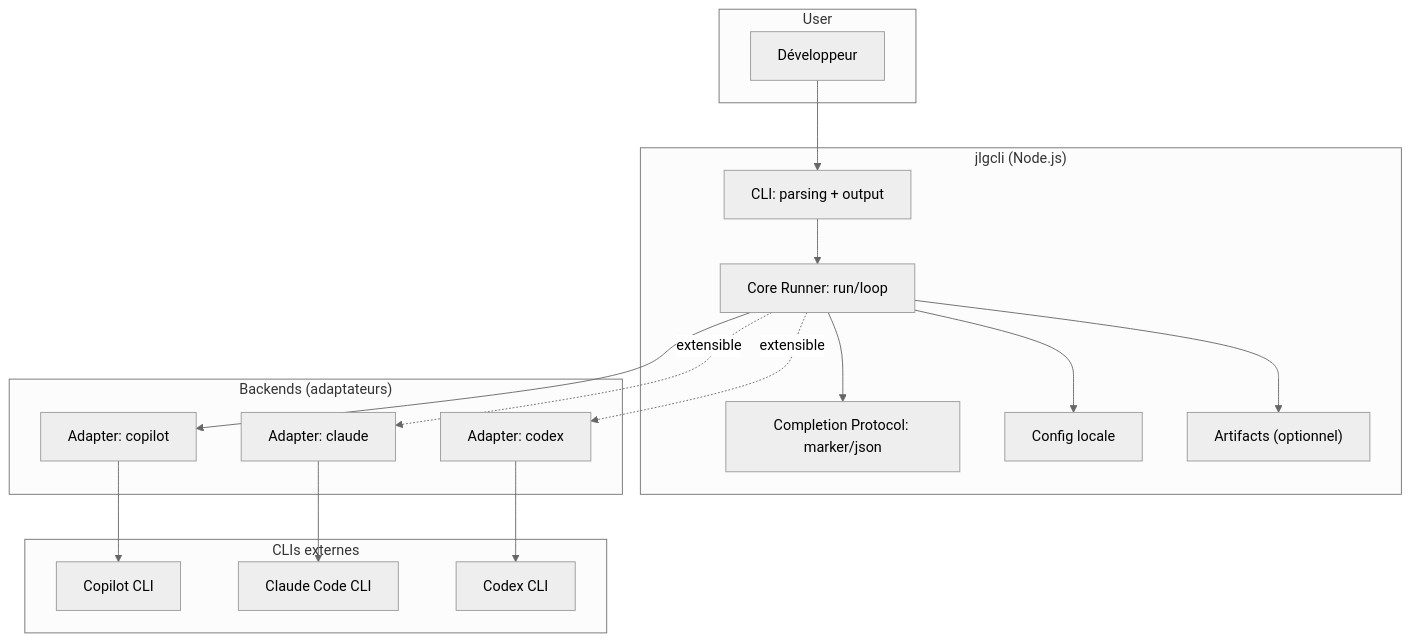
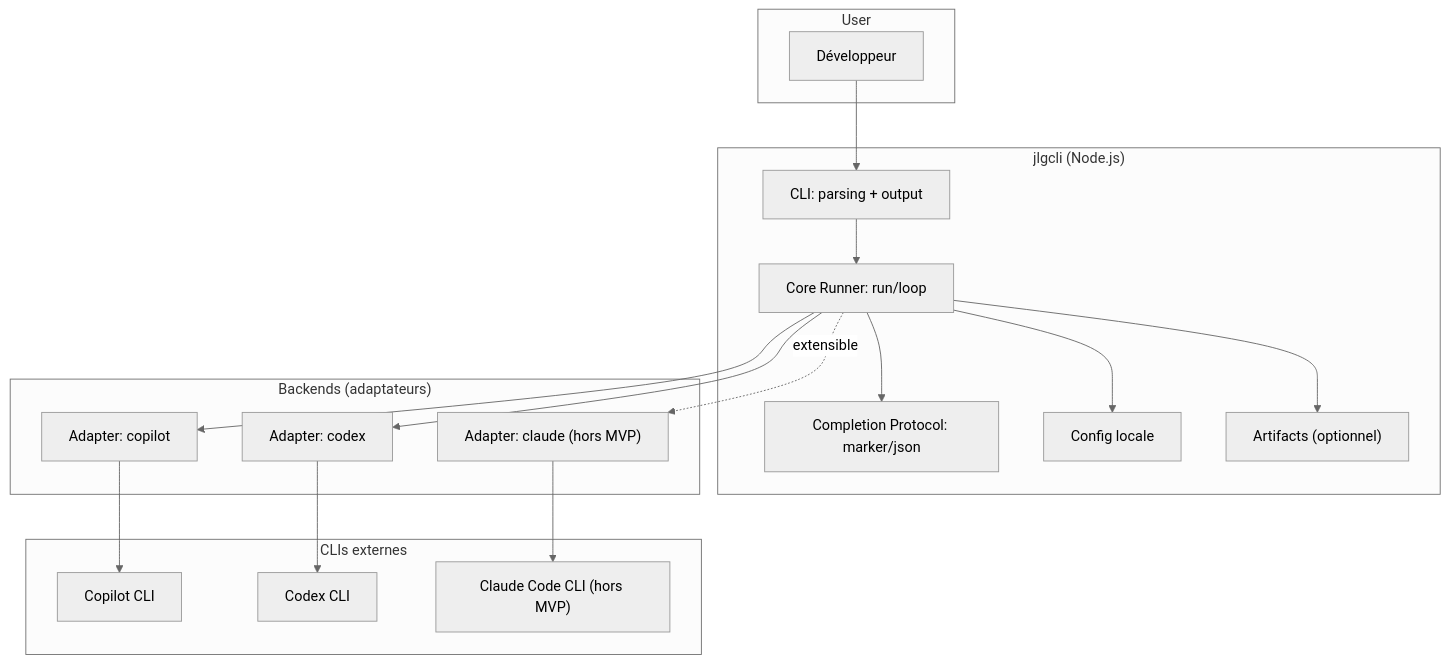
The diagram in docs/04-decisions-architectures.md (jlguenego/ai-cli), drawn with Mermaid (neutral theme) before and after one commit. The commit also changed other lines of this file and 15 other files, not shown here.

````diff
--- a/docs/04-decisions-architectures.md
+++ b/docs/04-decisions-architectures.md
@@ -9,39 +9,39 @@
 ```mermaid
 graph TB
   subgraph user["User"]
     U["Développeur"]
   end
 
   subgraph jlgcli["jlgcli (Node.js)"]
     CLI["CLI: parsing + output"]
     RUN["Core Runner: run/loop"]
     CP["Completion Protocol: marker/json"]
     CFG["Config locale"]
     ART["Artifacts (optionnel)"]
 
     CLI --> RUN
     RUN --> CP
     RUN --> CFG
     RUN --> ART
   end
 
   subgraph adapters["Backends (adaptateurs)"]
     A1["Adapter: copilot"]
-    A2["Adapter: claude"]
-    A3["Adapter: codex"]
+    A2["Adapter: codex"]
+    A3["Adapter: claude (hors MVP)"]
   end
 
   subgraph externals["CLIs externes"]
     E1["Copilot CLI"]
-    E2["Claude Code CLI"]
-    E3["Codex CLI"]
+    E2["Codex CLI"]
+    E3["Claude Code CLI (hors MVP)"]
   end
 
   U --> CLI
   RUN --> A1
-  RUN -. "extensible" .-> A2
+  RUN --> A2
   RUN -. "extensible" .-> A3
   A1 --> E1
   A2 --> E2
   A3 --> E3
 ```
````
